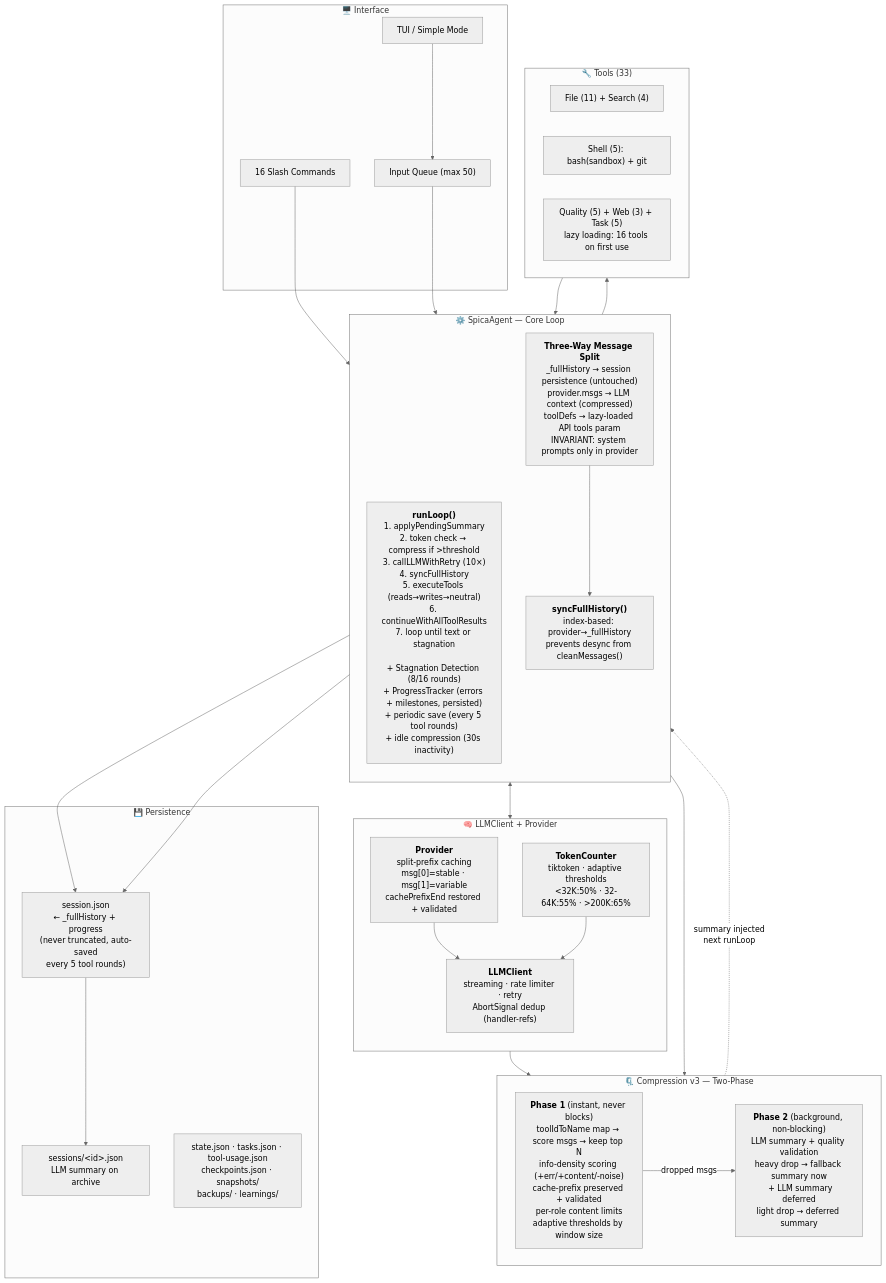
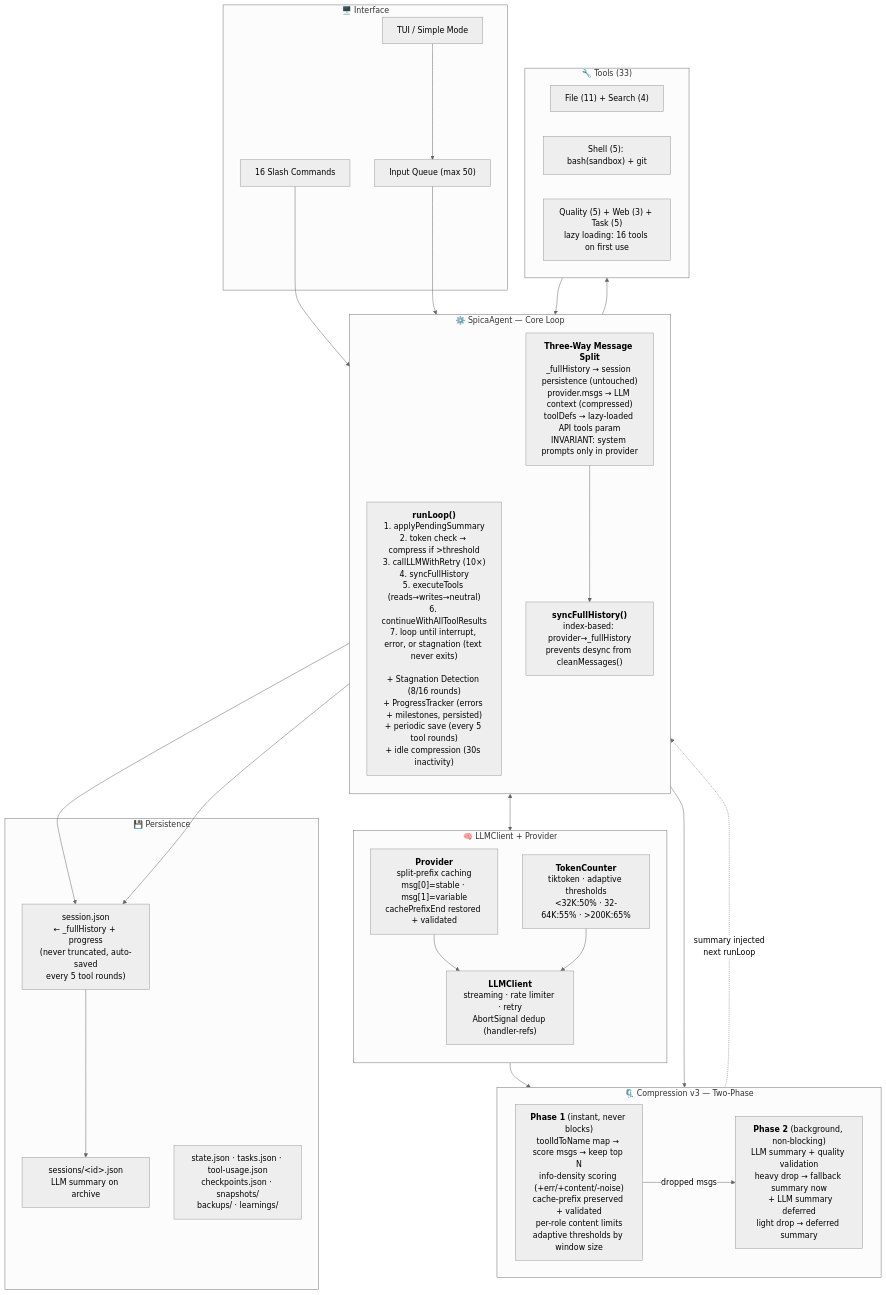
Before and after one commit to linnin233/spica-cli: the diagram in docs/architecture-simplified.mermaid, drawn with Mermaid (neutral theme). The commit also changed 3 other files, not shown here.

First line of the commit message:
docs(architecture): update diagrams and CLAUDE.md for completion fix

```diff
--- a/docs/architecture-simplified.mermaid
+++ b/docs/architecture-simplified.mermaid
@@ -1,65 +1,65 @@
 graph TB
     %% ═══════════════════════════════════════════════════════
     %% spica-cli Architecture — Simplified Version
     %% Focus: core data flows, key invariants, compression lifecycle
-    %% Updated 2026-06-14 after audit (26 issues resolved: timeouts removed, streaming fixed, todo display fixed)
+    %% Updated 2026-06-14 after audit (27 issues resolved: timeouts removed, streaming fixed, todo display fixed, finished-based completion removed)
     %% ═══════════════════════════════════════════════════════
 
     subgraph UI["🖥️ Interface"]
         TUI["TUI / Simple Mode"]
         CMD["16 Slash Commands"]
         IQ["Input Queue (max 50)"]
     end
 
     subgraph AGENT["⚙️ SpicaAgent — Core Loop"]
         direction TB
-        LOOP["<b>runLoop()</b><br/>1. applyPendingSummary<br/>2. token check → compress if >threshold<br/>3. callLLMWithRetry (10×)<br/>4. syncFullHistory<br/>5. executeTools (reads→writes→neutral)<br/>6. continueWithAllToolResults<br/>7. loop until text or stagnation<br/><br/>+ Stagnation Detection (8/16 rounds)<br/>+ ProgressTracker (errors + milestones, persisted)<br/>+ periodic save (every 5 tool rounds)<br/>+ idle compression (30s inactivity)"]
+        LOOP["<b>runLoop()</b><br/>1. applyPendingSummary<br/>2. token check → compress if >threshold<br/>3. callLLMWithRetry (10×)<br/>4. syncFullHistory<br/>5. executeTools (reads→writes→neutral)<br/>6. continueWithAllToolResults<br/>7. loop until interrupt, error, or stagnation (text never exits)<br/><br/>+ Stagnation Detection (8/16 rounds)<br/>+ ProgressTracker (errors + milestones, persisted)<br/>+ periodic save (every 5 tool rounds)<br/>+ idle compression (30s inactivity)"]
         MSG["<b>Three-Way Message Split</b><br/>_fullHistory → session persistence (untouched)<br/>provider.msgs → LLM context (compressed)<br/>toolDefs → lazy-loaded API tools param<br/>INVARIANT: system prompts only in provider"]
         SYNC["<b>syncFullHistory()</b><br/>index-based: provider→_fullHistory<br/>prevents desync from cleanMessages()"]
     end
 
     subgraph COMPRESS["🗜️ Compression v3 — Two-Phase"]
         direction LR
         P1["<b>Phase 1</b> (instant, never blocks)<br/>toolIdToName map → score msgs → keep top N<br/>info-density scoring (+err/+content/-noise)<br/>cache-prefix preserved + validated<br/>per-role content limits<br/>adaptive thresholds by window size"]
         P2["<b>Phase 2</b> (background, non-blocking)<br/>LLM summary + quality validation<br/>heavy drop → fallback summary now<br/>  + LLM summary deferred<br/>light drop → deferred summary"]
         P1 -->|"dropped msgs"| P2
         P2 -.->|"summary injected<br/>next runLoop"| LOOP
     end
 
     subgraph LLM["🧠 LLMClient + Provider"]
         direction TB
         CLIENT["<b>LLMClient</b><br/>streaming · rate limiter · retry<br/>AbortSignal dedup (handler-refs)"]
         PROV["<b>Provider</b><br/>split-prefix caching<br/>msg[0]=stable · msg[1]=variable<br/>cachePrefixEnd restored + validated"]
         TOKEN["<b>TokenCounter</b><br/>tiktoken · adaptive thresholds<br/><32K:50% · 32-64K:55% · >200K:65%"]
     end
 
     subgraph TOOLS["🔧 Tools (33)"]
         FILE["File (11) + Search (4)"]
         SHELL["Shell (5): bash(sandbox) + git"]
         QA["Quality (5) + Web (3) + Task (5)<br/>lazy loading: 16 tools on first use"]
     end
 
     subgraph STORAGE["💾 Persistence"]
         ACTIVE["session.json<br/>← _fullHistory + progress<br/>(never truncated, auto-saved<br/>every 5 tool rounds)"]
         HIST["sessions/&lt;id&gt;.json<br/>LLM summary on archive"]
         OTHER["state.json · tasks.json · tool-usage.json<br/>checkpoints.json · snapshots/<br/>backups/ · learnings/"]
     end
 
     %% Edges
     TUI --> IQ
     CMD --> LOOP
     IQ --> LOOP
 
     LOOP <--> CLIENT
     PROV --> CLIENT
     TOKEN --> CLIENT
     LOOP --> P1
     TOKEN --> P1
 
     LOOP --> TOOLS
     TOOLS --> LOOP
 
     MSG --> SYNC
     SYNC --> ACTIVE
     LOOP --> ACTIVE
     ACTIVE --> HIST
```
